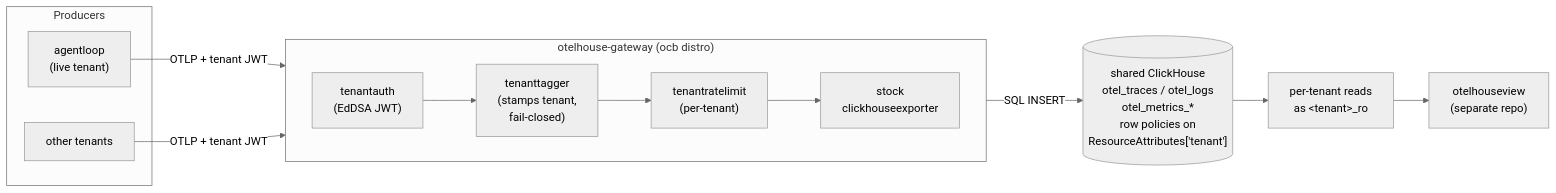
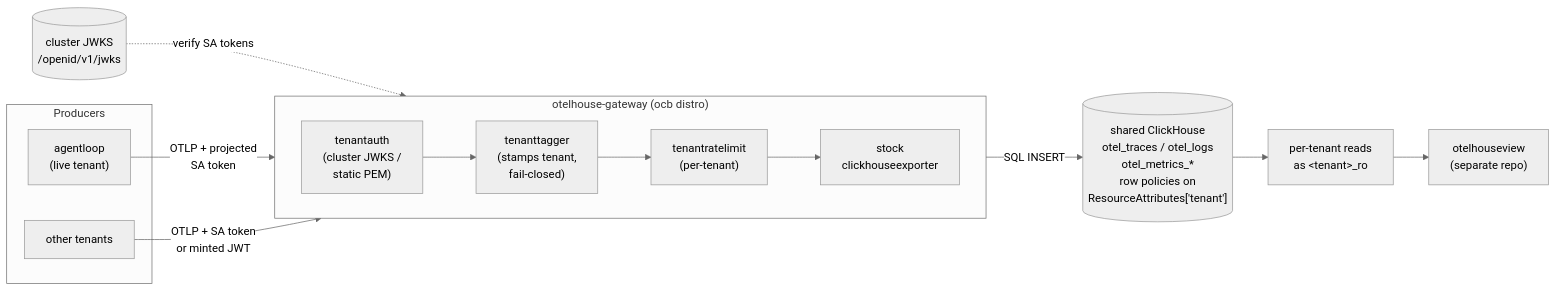
Before and after one commit to guettli/otelhouse: the diagram in README.md, drawn with Mermaid (neutral theme). The commit also changed other lines of this file and 9 other files, not shown here.

````diff
--- a/README.md
+++ b/README.md
@@ -126,25 +181,28 @@
 ```mermaid
 flowchart LR
     subgraph Producers
         Agentloop["agentloop<br/>(live tenant)"]
         Prod["other tenants"]
     end
 
     subgraph GW["otelhouse-gateway (ocb distro)"]
         direction LR
-        Auth["tenantauth<br/>(EdDSA JWT)"]
+        Auth["tenantauth<br/>(cluster JWKS /<br/>static PEM)"]
         Tag["tenanttagger<br/>(stamps tenant,<br/>fail-closed)"]
         RL["tenantratelimit<br/>(per-tenant)"]
         Exp["stock<br/>clickhouseexporter"]
         Auth --> Tag --> RL --> Exp
     end
 
+    K8S[("cluster JWKS<br/>/openid/v1/jwks")]
+    K8S -. "verify SA tokens" .-> Auth
+
     CH[("shared ClickHouse<br/>otel_traces / otel_logs<br/>otel_metrics_*<br/>row policies on<br/>ResourceAttributes['tenant']")]
     RO["per-tenant reads<br/>as &lt;tenant&gt;_ro"]
     View["otelhouseview<br/>(separate repo)"]
 
-    Agentloop -- "OTLP + tenant JWT" --> Auth
-    Prod -- "OTLP + tenant JWT" --> Auth
+    Agentloop -- "OTLP + projected<br/>SA token" --> Auth
+    Prod -- "OTLP + SA token<br/>or minted JWT" --> Auth
     Exp -- "SQL INSERT" --> CH
     CH --> RO --> View
 ```
````
